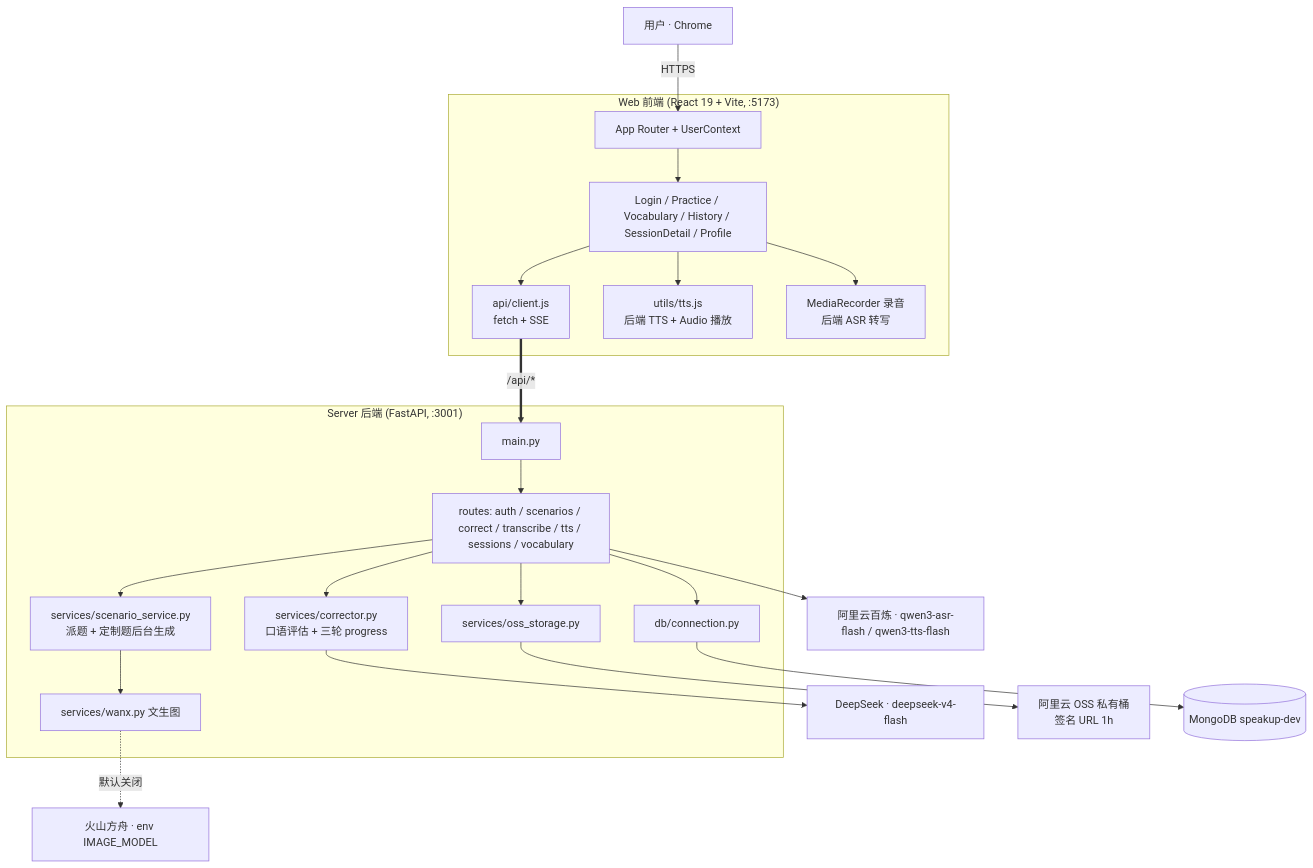
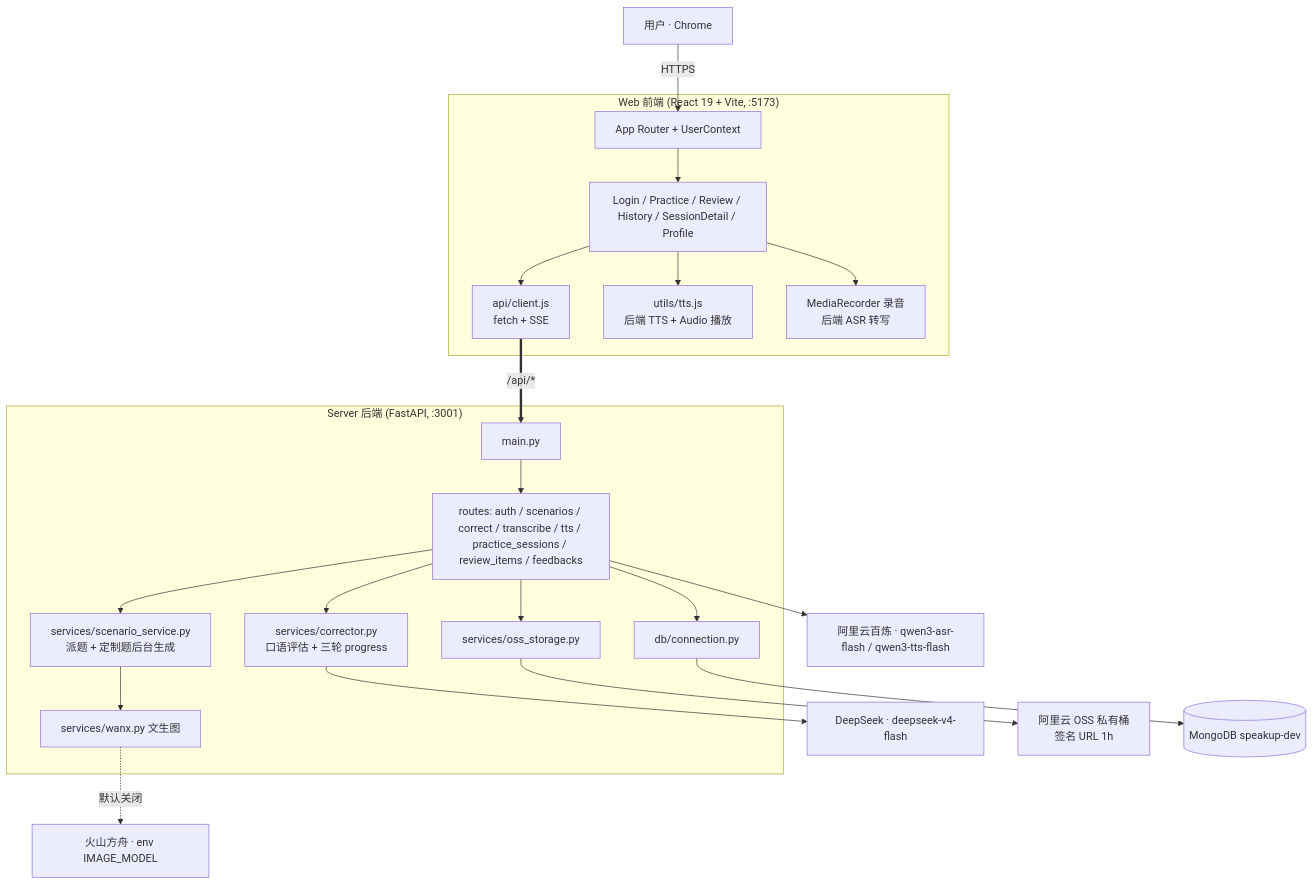
Before and after one commit to makewheels/speakup: the first of 2 diagrams in docs/README.md, drawn with Mermaid. The commit also changed other lines of this file and 19 other files, not shown here.

````diff
--- a/docs/README.md
+++ b/docs/README.md
@@ -7,28 +16,28 @@
 ```mermaid
 graph TB
     User[用户 · Chrome] -->|HTTPS| Web
 
     subgraph "Web 前端 (React 19 + Vite, :5173)"
-        Web[App Router + UserContext] --> Pages[Login / Practice / Vocabulary / History / SessionDetail / Profile]
+        Web[App Router + UserContext] --> Pages[Login / Practice / Review / History / SessionDetail / Profile]
         Pages --> Client[api/client.js<br/>fetch + SSE]
         Pages --> TTS[utils/tts.js<br/>后端 TTS + Audio 播放]
         Pages --> SR[MediaRecorder 录音<br/>后端 ASR 转写]
     end
 
     Client ==>|/api/*| API
 
     subgraph "Server 后端 (FastAPI, :3001)"
-        API[main.py] --> R[routes: auth / scenarios / correct / transcribe / tts / sessions / vocabulary]
+        API[main.py] --> R[routes: auth / scenarios / correct / transcribe / tts / practice_sessions / review_items / feedbacks]
         R --> Corrector[services/corrector.py<br/>口语评估 + 三轮 progress]
         R --> Scen[services/scenario_service.py<br/>派题 + 定制题后台生成]
         Scen --> Wanx[services/wanx.py 文生图]
         R --> OSS[services/oss_storage.py]
         R --> DB[db/connection.py]
     end
 
     Corrector --> ChatModel[DeepSeek · deepseek-v4-flash]
     R --> Voice[阿里云百炼 · qwen3-asr-flash / qwen3-tts-flash]
     Wanx -.默认关闭.-> Seedream[火山方舟 · env IMAGE_MODEL]
     OSS --> Aliyun[阿里云 OSS 私有桶<br/>签名 URL 1h]
     DB --> Mongo[(MongoDB speakup-dev)]
 ```
````
